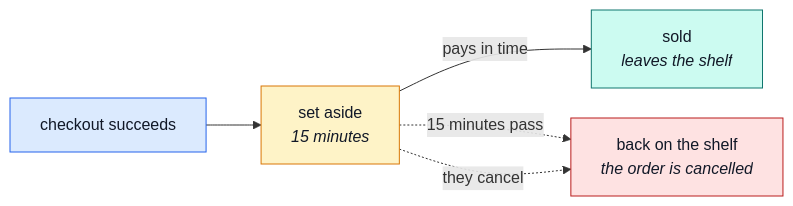
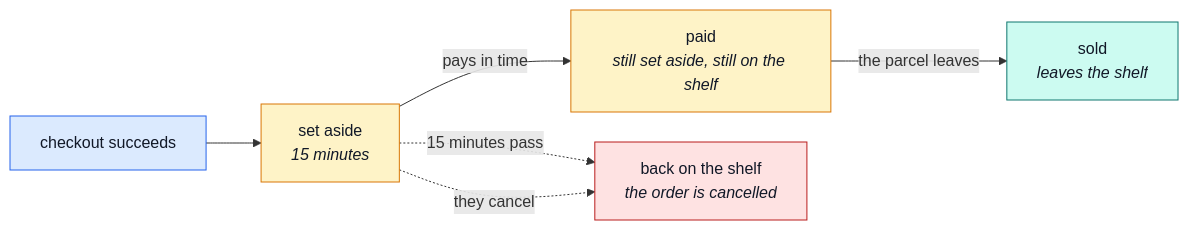
The third of 3 diagrams in docs/demo-ecommerce/shopper.md (Guebbit/boilerplate-node-backend), drawn with Mermaid before and after one commit. The commit also changed other lines of this file and 7 other files, not shown here.

````diff
--- a/docs/demo-ecommerce/shopper.md
+++ b/docs/demo-ecommerce/shopper.md
@@ -87,17 +87,18 @@
 ```mermaid
 %%{init: {'flowchart': {'nodeSpacing': 30, 'rankSpacing': 55}}}%%
 flowchart LR
     A["checkout succeeds"] --> B["set aside<br/><i>15 minutes</i>"]
-    B -->|"pays in time"| C["sold<br/><i>leaves the shelf</i>"]
+    B -->|"pays in time"| P["paid<br/><i>still set aside, still on the shelf</i>"]
+    P -->|"the parcel leaves"| C["sold<br/><i>leaves the shelf</i>"]
     B -.->|"15 minutes pass"| D["back on the shelf<br/><i>the order is cancelled</i>"]
     B -.->|"they cancel"| D
 
     classDef act fill:#dbeafe,stroke:#2563eb,color:#111827;
     classDef hold fill:#fef3c7,stroke:#d97706,color:#111827;
     classDef done fill:#ccfbf1,stroke:#0f766e,color:#111827;
     classDef bad fill:#fee2e2,stroke:#b91c1c,color:#111827;
     class A act;
-    class B hold;
+    class B,P hold;
     class C done;
     class D bad;
 ```
````
